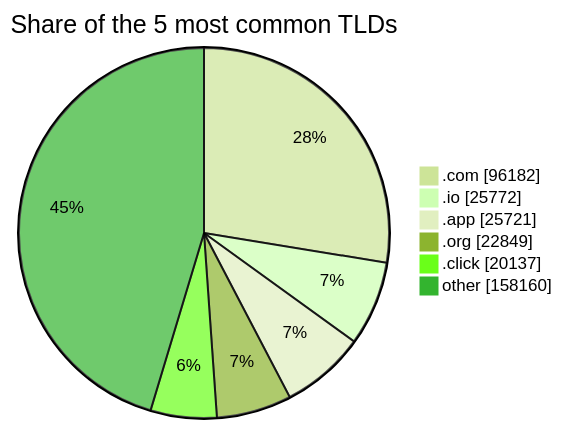
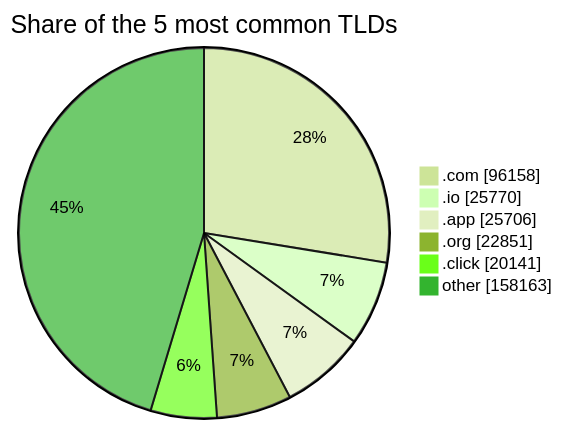
Before and after one commit to DNSBunker/CTI: the third of 3 diagrams in README.md, drawn with Mermaid (forest theme). The commit also changed other lines of this file and 3 other files, not shown here.

````diff
--- a/README.md
+++ b/README.md
@@ -81,9 +81,9 @@
 ```mermaid
 pie showData title Share of the 5 most common TLDs
-    ".com" : 96182
-    ".io" : 25772
-    ".app" : 25721
-    ".org" : 22849
-    ".click" : 20137
-    "other" : 158160
+    ".com" : 96158
+    ".io" : 25770
+    ".app" : 25706
+    ".org" : 22851
+    ".click" : 20141
+    "other" : 158163
 ```
````
